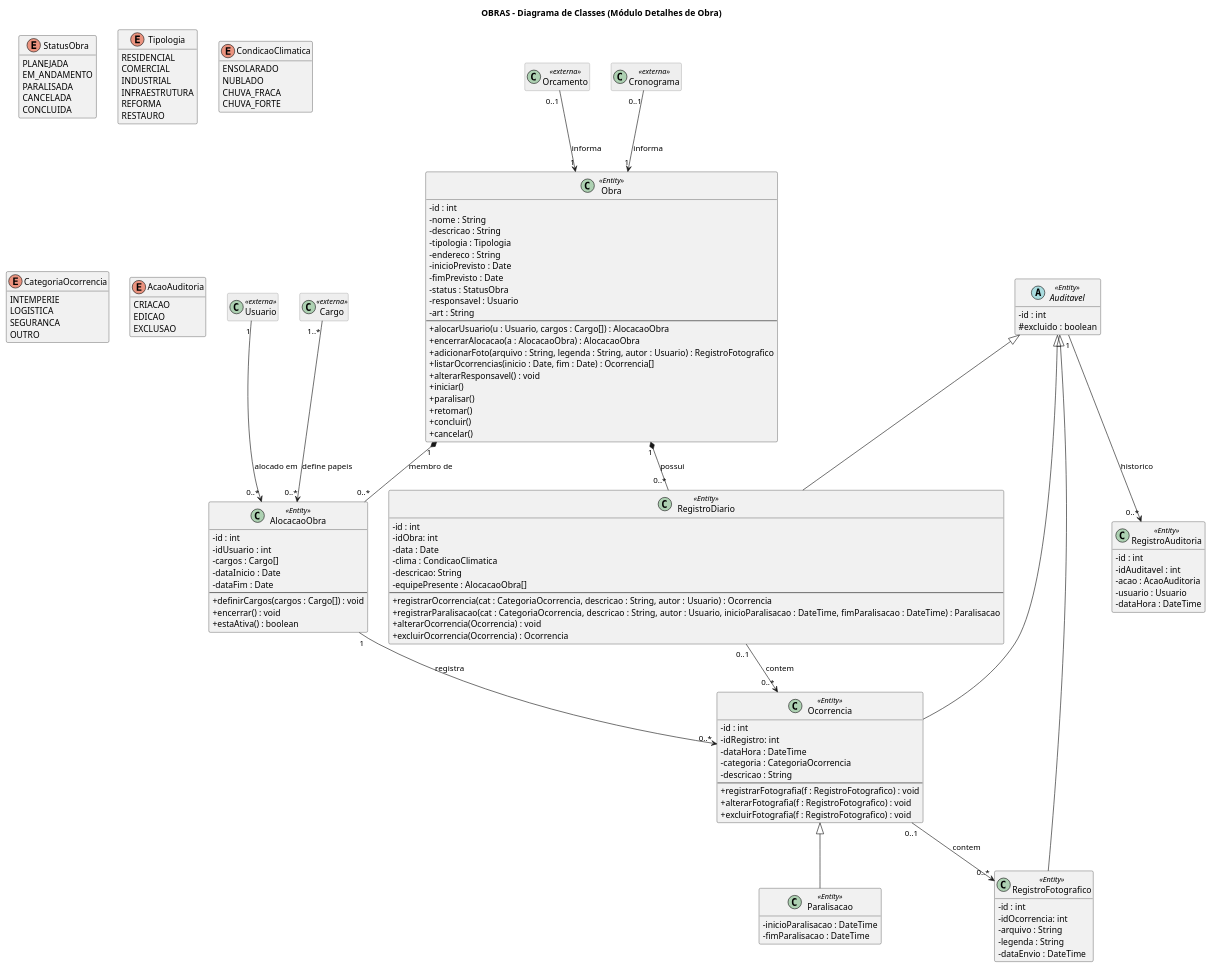
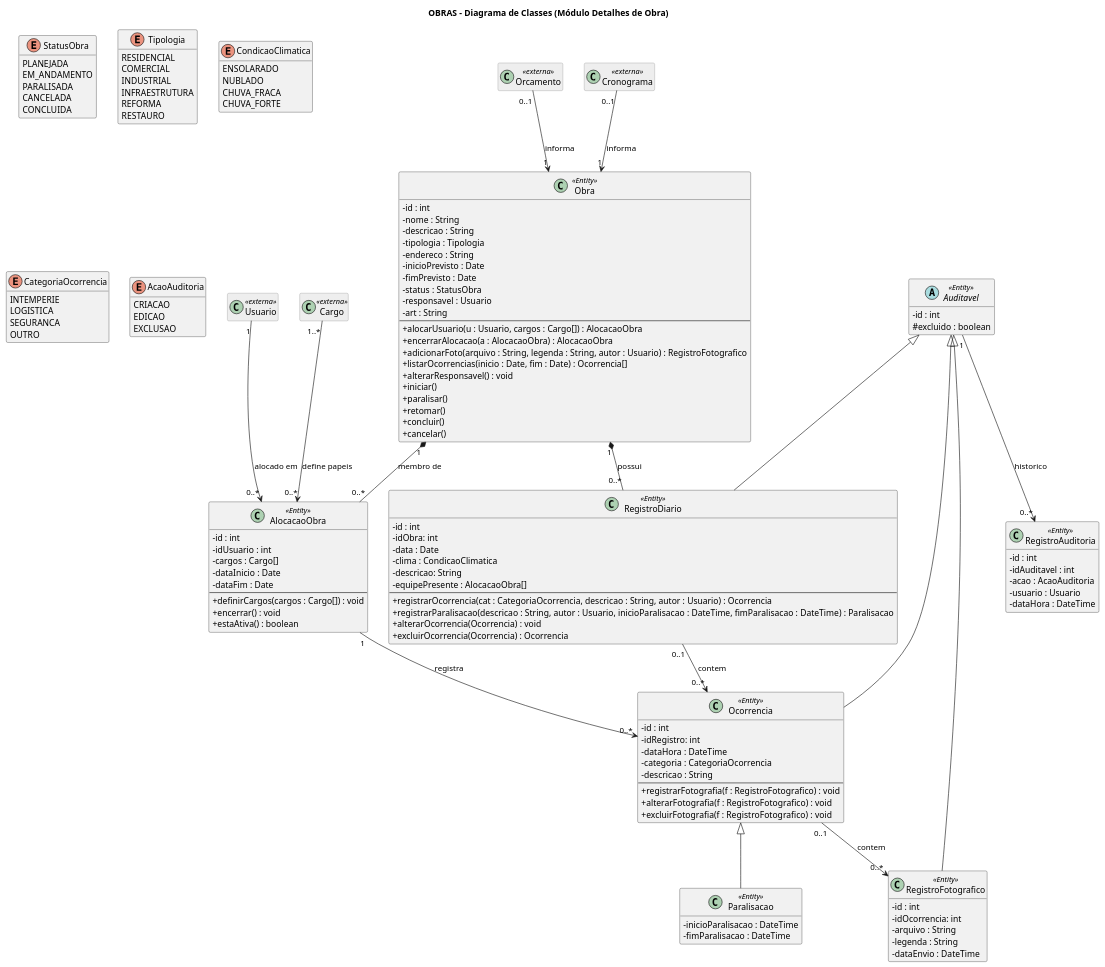
Before and after one commit to bernardoanobrega/oBRAS: the diagram in Diagramas de classe/Modulo Painel de Obra/project-class-diagram.puml, drawn with PlantUML. The commit also changed 2 other files, not shown here.

```diff
--- a/Diagramas de classe/Modulo Painel de Obra/project-class-diagram.puml
+++ b/Diagramas de classe/Modulo Painel de Obra/project-class-diagram.puml
@@ -1,159 +1,159 @@
 @startuml class-diagram
 title OBRAS - Diagrama de Classes (Módulo Detalhes de Obra)
 
 skinparam classAttributeIconSize 0
 skinparam ClassFontSize 14
 skinparam classBackgroundColor<<externa>> #EEEEEE
 skinparam classBorderColor<<externa>> #888888
 hide empty members
 
 ' ===== CLASSES EXTERNAS =====
 class Usuario <<externa>>
 class Cargo <<externa>>
 class Orcamento <<externa>>
 class Cronograma <<externa>>
 
 ' ===== NÚCLEO =====
 class Obra <<Entity>> {
   -id : int
   -nome : String
   -descricao : String
   -tipologia : Tipologia
   -endereco : String
   -inicioPrevisto : Date
   -fimPrevisto : Date
   -status : StatusObra
   -responsavel : Usuario
   -art : String
   --
   +alocarUsuario(u : Usuario, cargos : Cargo[]) : AlocacaoObra
   +encerrarAlocacao(a : AlocacaoObra) : AlocacaoObra
   +adicionarFoto(arquivo : String, legenda : String, autor : Usuario) : RegistroFotografico
   +listarOcorrencias(inicio : Date, fim : Date) : Ocorrencia[]
   +alterarResponsavel() : void
   +iniciar()
   +paralisar()
   +retomar()
   +concluir()
   +cancelar()
 }
 
 class AlocacaoObra <<Entity>> {
   -id : int
   -idUsuario : int
   -cargos : Cargo[]
   -dataInicio : Date
   -dataFim : Date
   --
   +definirCargos(cargos : Cargo[]) : void
   +encerrar() : void
   +estaAtiva() : boolean
 }
 
 abstract class Auditavel <<Entity>> {
   -id : int
   #excluido : boolean
 }
 
 class RegistroDiario <<Entity>> {
   -id : int
   -idObra: int
   -data : Date
   -clima : CondicaoClimatica
   -descricao: String
   -equipePresente : AlocacaoObra[]
   --
   +registrarOcorrencia(cat : CategoriaOcorrencia, descricao : String, autor : Usuario) : Ocorrencia
-  +registrarParalisacao(cat : CategoriaOcorrencia, descricao : String, autor : Usuario, inicioParalisacao : DateTime, fimParalisacao : DateTime) : Paralisacao
+  +registrarParalisacao(descricao : String, autor : Usuario, inicioParalisacao : DateTime, fimParalisacao : DateTime) : Paralisacao
   +alterarOcorrencia(Ocorrencia) : void
   +excluirOcorrencia(Ocorrencia) : Ocorrencia
 }
 
 class Ocorrencia <<Entity>> {
   -id : int
   -idRegistro: int
   -dataHora : DateTime
   -categoria : CategoriaOcorrencia
   -descricao : String
   --
   +registrarFotografia(f : RegistroFotografico) : void
   +alterarFotografia(f : RegistroFotografico) : void
   +excluirFotografia(f : RegistroFotografico) : void
 }
 
 class Paralisacao <<Entity>> {
   -inicioParalisacao : DateTime
   -fimParalisacao : DateTime
 }
 
 class RegistroAuditoria <<Entity>> {
   -id : int
   -idAuditavel : int
   -acao : AcaoAuditoria
   -usuario : Usuario
   -dataHora : DateTime
 }
 
 class RegistroFotografico <<Entity>> {
   -id : int
   -idOcorrencia: int
   -arquivo : String
   -legenda : String
   -dataEnvio : DateTime
 }
 
 ' ===== ENUMERAÇÕES =====
 enum StatusObra {
   PLANEJADA
   EM_ANDAMENTO
   PARALISADA
   CANCELADA
   CONCLUIDA
 }
 
 enum Tipologia {
   RESIDENCIAL
   COMERCIAL
   INDUSTRIAL
   INFRAESTRUTURA
   REFORMA
   RESTAURO
 }
 
 enum CondicaoClimatica {
   ENSOLARADO
   NUBLADO
   CHUVA_FRACA
   CHUVA_FORTE
 }
 
 enum CategoriaOcorrencia {
   INTEMPERIE
   LOGISTICA
   SEGURANCA
   OUTRO
 }
 
 enum AcaoAuditoria {
   CRIACAO
   EDICAO
   EXCLUSAO
 }
 
 ' ===== RELAÇÕES =====
 RegistroDiario "0..1" --> "0..*" Ocorrencia : contem
 Ocorrencia "0..1" --> "0..*" RegistroFotografico : contem
 AlocacaoObra "1" --> "0..*" Ocorrencia : registra
 Usuario "1" --> "0..*" AlocacaoObra : alocado em
 Cargo "1..*" --> "0..*" AlocacaoObra : define papeis
 Obra "1" *-- "0..*" AlocacaoObra : membro de
 Orcamento "0..1" --> "1" Obra : informa
 Cronograma "0..1" --> "1" Obra : informa
 Obra "1" *-- "0..*" RegistroDiario : possui
 Auditavel "1" --> "0..*" RegistroAuditoria : historico
 Auditavel <|-- Ocorrencia
 Auditavel <|-- RegistroDiario
 Auditavel <|-- RegistroFotografico
 Ocorrencia <|-- Paralisacao
 
 @enduml
```
